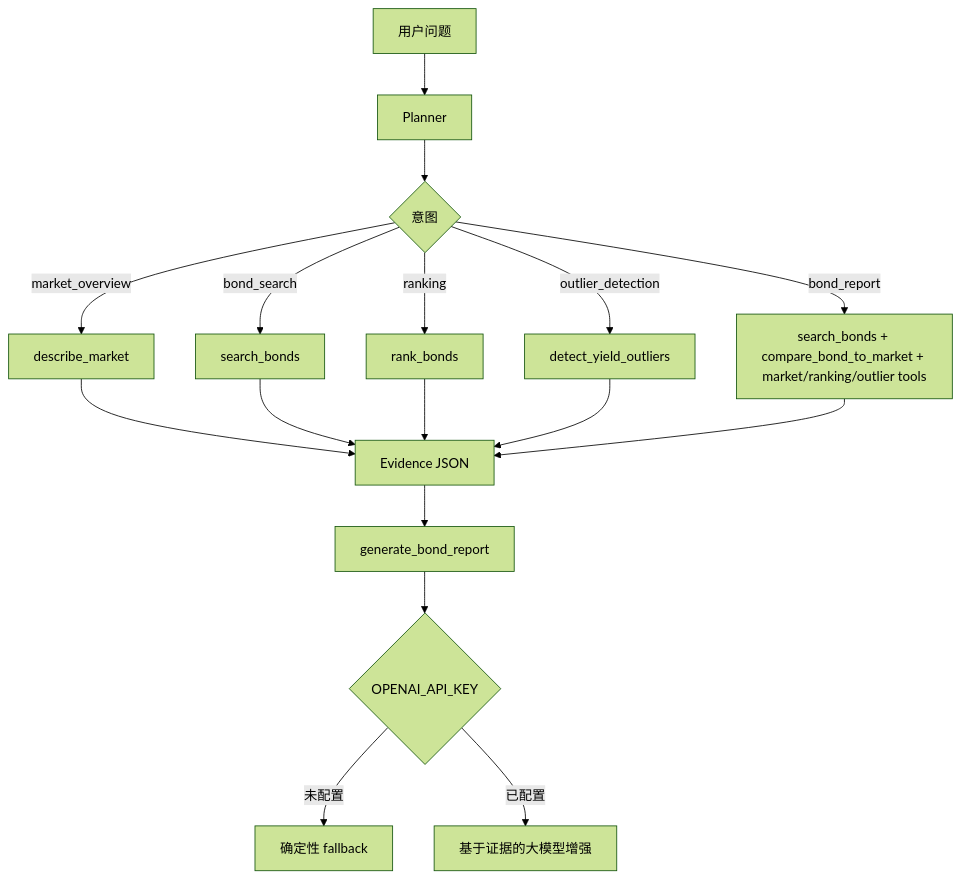
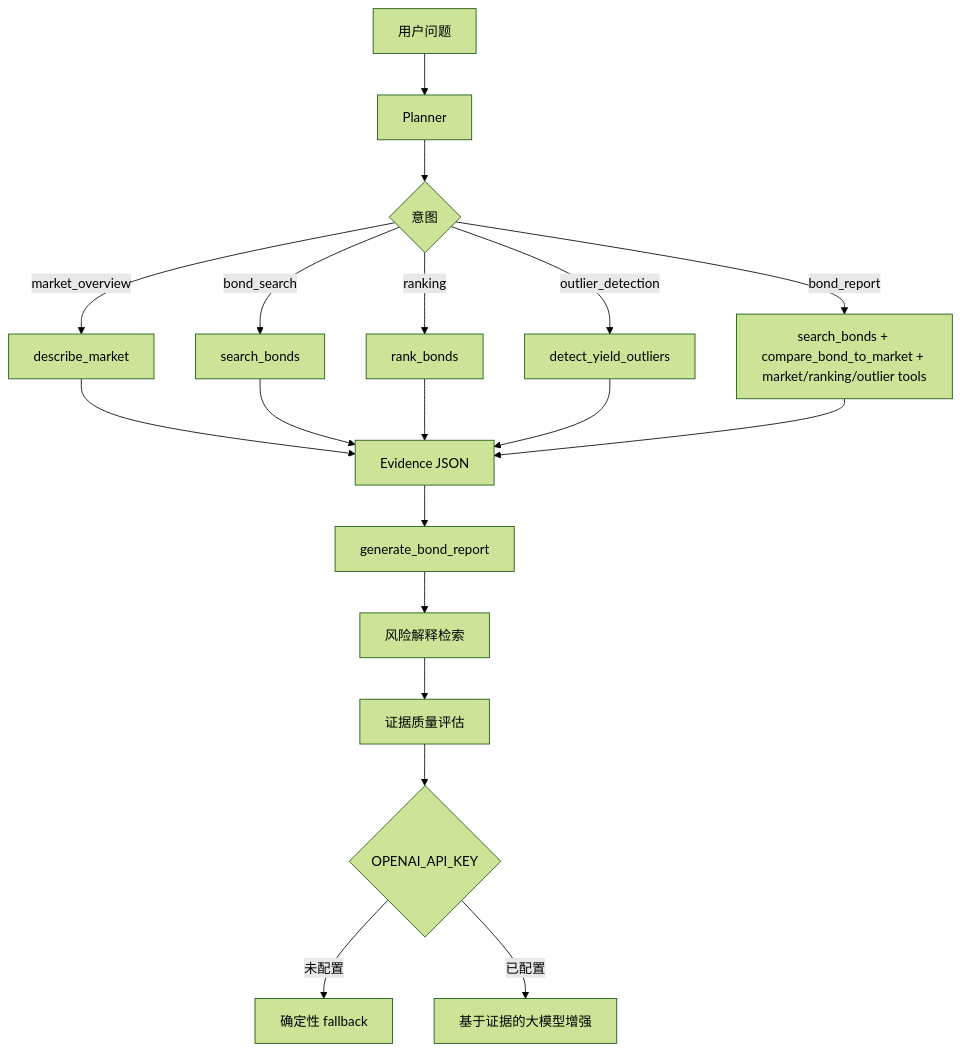
One commit to Phoenix0531-sudo/bondlens-ai changed the diagram in README.zh-CN.md. Above: the diagram before and after it, drawn with Mermaid (forest theme). The commit also changed other lines of this file and 10 other files, not shown here.

````diff
--- a/README.zh-CN.md
+++ b/README.zh-CN.md
@@ -60,19 +63,21 @@
 ```mermaid
 flowchart TD
     A[用户问题] --> B[Planner]
     B --> C{意图}
     C -->|market_overview| D[describe_market]
     C -->|bond_search| E[search_bonds]
     C -->|ranking| F[rank_bonds]
     C -->|outlier_detection| G[detect_yield_outliers]
     C -->|bond_report| H[search_bonds + compare_bond_to_market + market/ranking/outlier tools]
     D --> I[Evidence JSON]
     E --> I
     F --> I
     G --> I
     H --> I
     I --> J[generate_bond_report]
-    J --> K{OPENAI_API_KEY}
-    K -->|未配置| L[确定性 fallback]
-    K -->|已配置| M[基于证据的大模型增强]
+    J --> K[风险解释检索]
+    K --> L[证据质量评估]
+    L --> M{OPENAI_API_KEY}
+    M -->|未配置| N[确定性 fallback]
+    M -->|已配置| O[基于证据的大模型增强]
 ```
````
